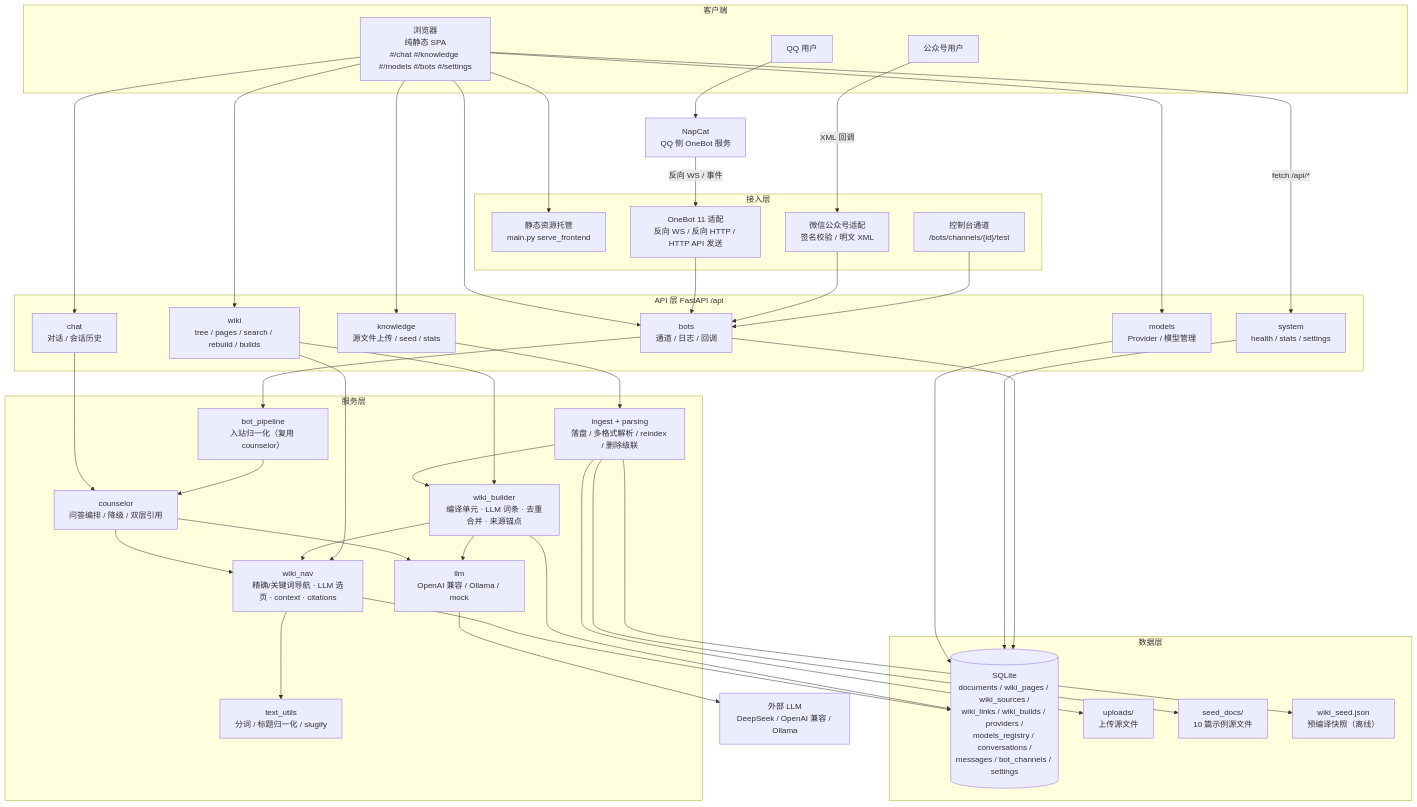
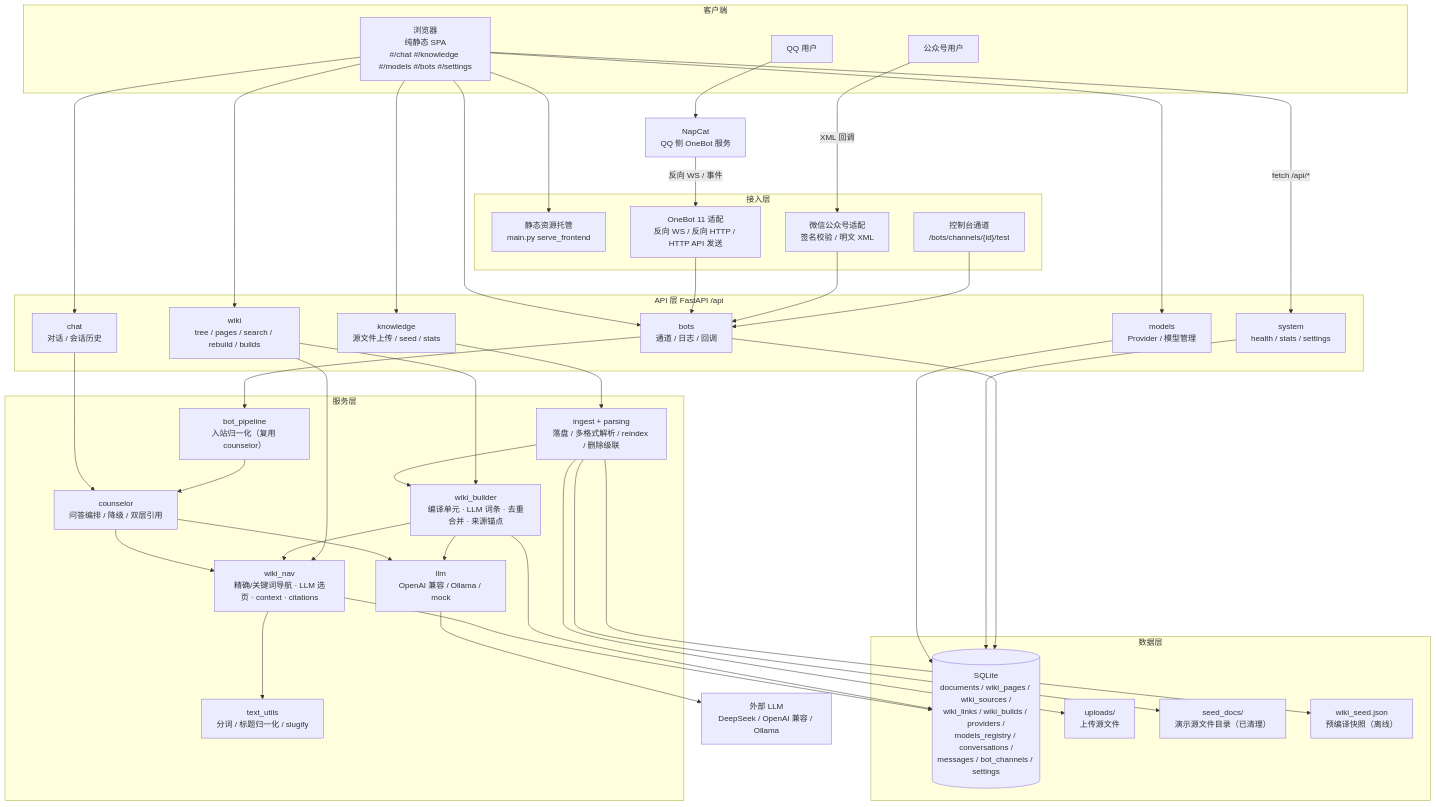
One commit to kaijiefeng/NPU-Assistant changed the first of 5 diagrams in docs/ARCHITECTURE.md. Above: the diagram before and after it, drawn with Mermaid. The commit also changed 18 other files, not shown here.

````diff
--- a/docs/ARCHITECTURE.md
+++ b/docs/ARCHITECTURE.md
@@ -16,76 +16,76 @@
 ```mermaid
 graph TD
     subgraph Client["客户端"]
         Browser["浏览器<br/>纯静态 SPA<br/>#/chat #/knowledge #/models #/bots #/settings"]
         QQ["QQ 用户"]
         WX["公众号用户"]
     end
 
     subgraph Gateway["接入层"]
         Static["静态资源托管<br/>main.py serve_frontend"]
         OneBot["OneBot 11 适配<br/>反向 WS / 反向 HTTP / HTTP API 发送"]
         WeChat["微信公众号适配<br/>签名校验 / 明文 XML"]
         Console["控制台通道<br/>/bots/channels/{id}/test"]
     end
 
     subgraph API["API 层 FastAPI /api"]
         System["system<br/>health / stats / settings"]
         Chat["chat<br/>对话 / 会话历史"]
         WikiAPI["wiki<br/>tree / pages / search / rebuild / builds"]
         Knowledge["knowledge<br/>源文件上传 / seed / stats"]
         Models["models<br/>Provider / 模型管理"]
         Bots["bots<br/>通道 / 日志 / 回调"]
     end
 
     subgraph Service["服务层"]
         Counselor["counselor<br/>问答编排 / 降级 / 双层引用"]
         Nav["wiki_nav<br/>精确/关键词导航 · LLM 选页 · context · citations"]
         Builder["wiki_builder<br/>编译单元 · LLM 词条 · 去重合并 · 来源锚点"]
         Ingest["ingest + parsing<br/>落盘 / 多格式解析 / reindex / 删除级联"]
         LLM["llm<br/>OpenAI 兼容 / Ollama / mock"]
         BotPipeline["bot_pipeline<br/>入站归一化（复用 counselor）"]
         TextUtils["text_utils<br/>分词 / 标题归一化 / slugify"]
     end
 
     subgraph Data["数据层"]
         SQLite[("SQLite<br/>documents / wiki_pages / wiki_sources /<br/>wiki_links / wiki_builds / providers /<br/>models_registry / conversations /<br/>messages / bot_channels / settings")]
         Uploads["uploads/<br/>上传源文件"]
-        SeedDocs["seed_docs/<br/>10 篇示例源文件"]
+        SeedDocs["seed_docs/<br/>演示源文件目录（已清理）"]
         WikiSeed["wiki_seed.json<br/>预编译快照（离线）"]
     end
 
     External["外部 LLM<br/>DeepSeek / OpenAI 兼容 / Ollama"]
     NapCat["NapCat<br/>QQ 侧 OneBot 服务"]
 
     Browser --> Static
     Browser -->|fetch /api/*| System
     Browser --> Chat
     Browser --> WikiAPI
     Browser --> Knowledge
     Browser --> Models
     Browser --> Bots
     QQ --> NapCat
     NapCat -->|反向 WS / 事件| OneBot
     WX -->|XML 回调| WeChat
     OneBot --> Bots
     WeChat --> Bots
     Console --> Bots
 
     Chat --> Counselor
     Bots --> BotPipeline --> Counselor
     Counselor --> Nav --> SQLite
     Counselor --> LLM --> External
     Knowledge --> Ingest --> Builder
     Builder --> LLM
     Builder --> SQLite
     Builder --> Nav
     Nav --> TextUtils
     WikiAPI --> Nav
     WikiAPI --> Builder
     Ingest --> Uploads
     Ingest --> SeedDocs
     Ingest --> WikiSeed
     Models --> SQLite
     System --> SQLite
     Bots --> SQLite
 ```
````
